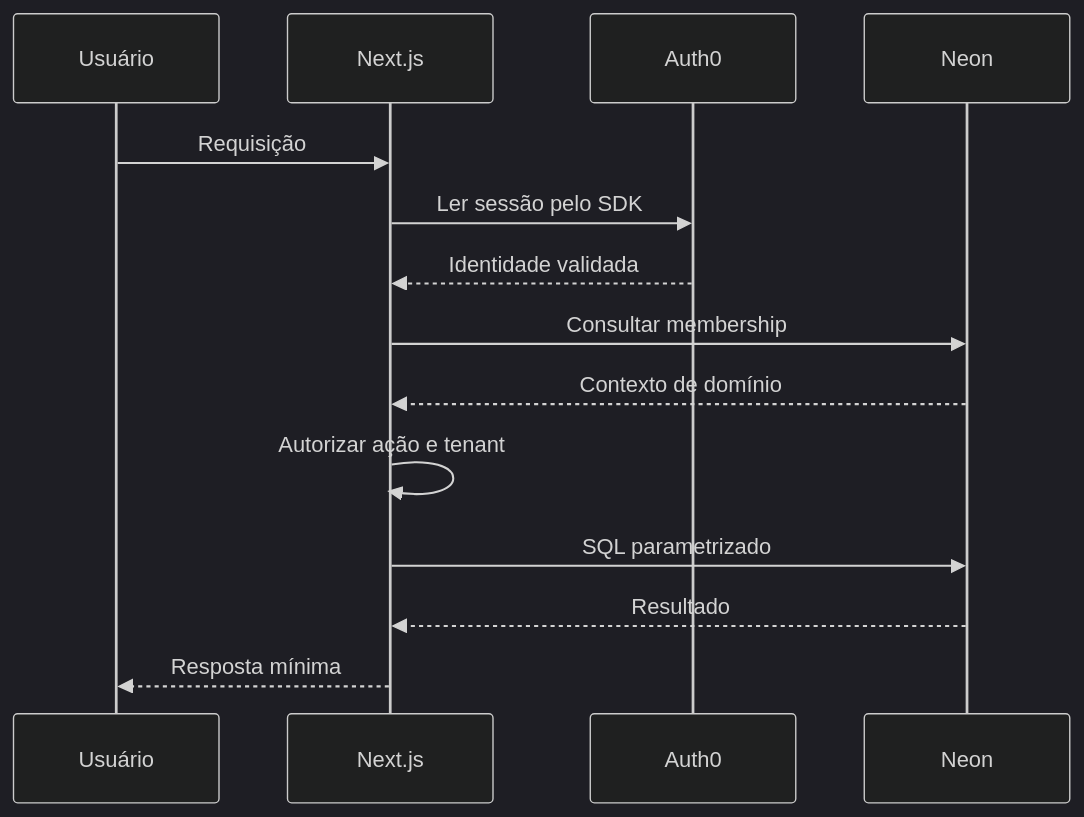
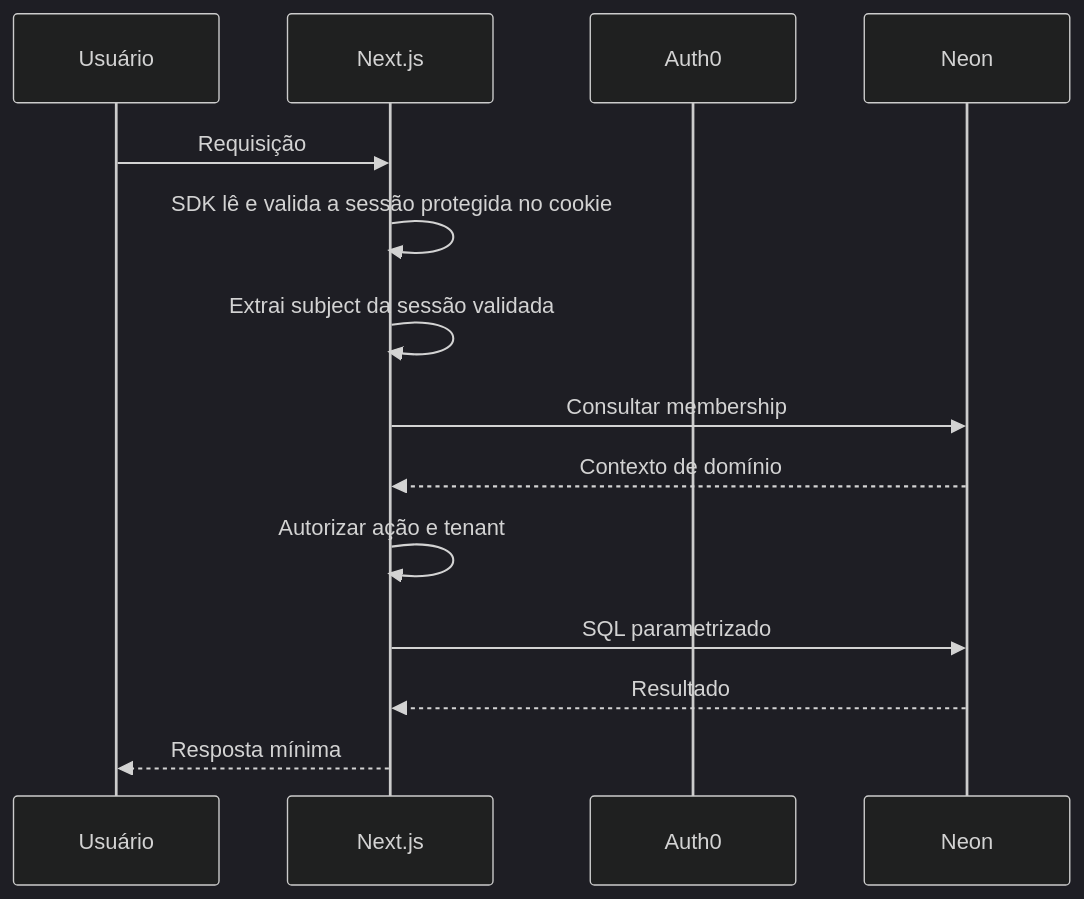
The second of 2 diagrams in docs/30-integracao-ponta-a-ponta-free/01-arquitetura-e-fluxos.md (alexoaraujo83/configuracao-doc), drawn with Mermaid (dark theme) before and after one commit.

Commit message:
docs: corrigir fluxo de leitura de sessão Auth0

```diff
--- a/docs/30-integracao-ponta-a-ponta-free/01-arquitetura-e-fluxos.md
+++ b/docs/30-integracao-ponta-a-ponta-free/01-arquitetura-e-fluxos.md
@@ -35,16 +35,16 @@
 ~~~mermaid
 sequenceDiagram
  participant U as Usuário
  participant N as Next.js
  participant A as Auth0
  participant D as Neon
  U->>N: Requisição
- N->>A: Ler sessão pelo SDK
- A-->>N: Identidade validada
+ N->>N: SDK lê e valida a sessão protegida no cookie
+ N->>N: Extrai subject da sessão validada
  N->>D: Consultar membership
  D-->>N: Contexto de domínio
  N->>N: Autorizar ação e tenant
  N->>D: SQL parametrizado
  D-->>N: Resultado
  N-->>U: Resposta mínima
 ~~~
```
